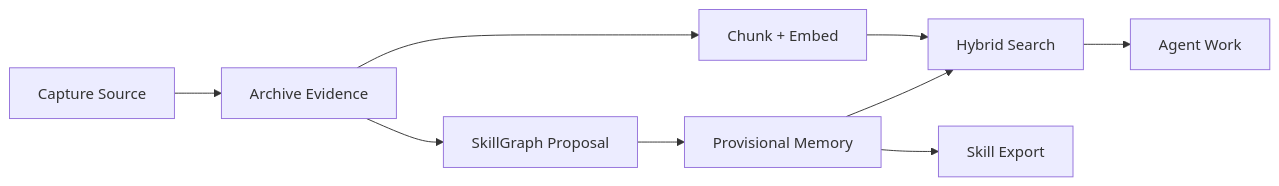
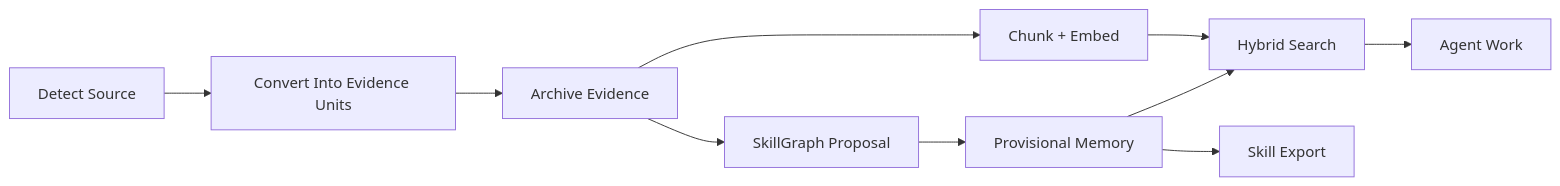
One commit to sparkplug604/praxis changed the diagram in docs/modules/core/README.md. Above: the diagram before and after it, drawn with Mermaid. The commit also changed other lines of this file and 31 other files, not shown here.

````diff
--- a/docs/modules/core/README.md
+++ b/docs/modules/core/README.md
@@ -35,11 +36,12 @@
 ```mermaid
 flowchart LR
-    A["Capture Source"] --> B["Archive Evidence"]
-    B --> C["Chunk + Embed"]
-    B --> D["SkillGraph Proposal"]
-    D --> E["Provisional Memory"]
-    C --> F["Hybrid Search"]
-    E --> F
-    F --> G["Agent Work"]
-    E --> H["Skill Export"]
+    A["Detect Source"] --> B["Convert Into Evidence Units"]
+    B --> C["Archive Evidence"]
+    C --> D["Chunk + Embed"]
+    C --> E["SkillGraph Proposal"]
+    E --> F["Provisional Memory"]
+    D --> G["Hybrid Search"]
+    F --> G
+    G --> H["Agent Work"]
+    F --> I["Skill Export"]
 ```
````
